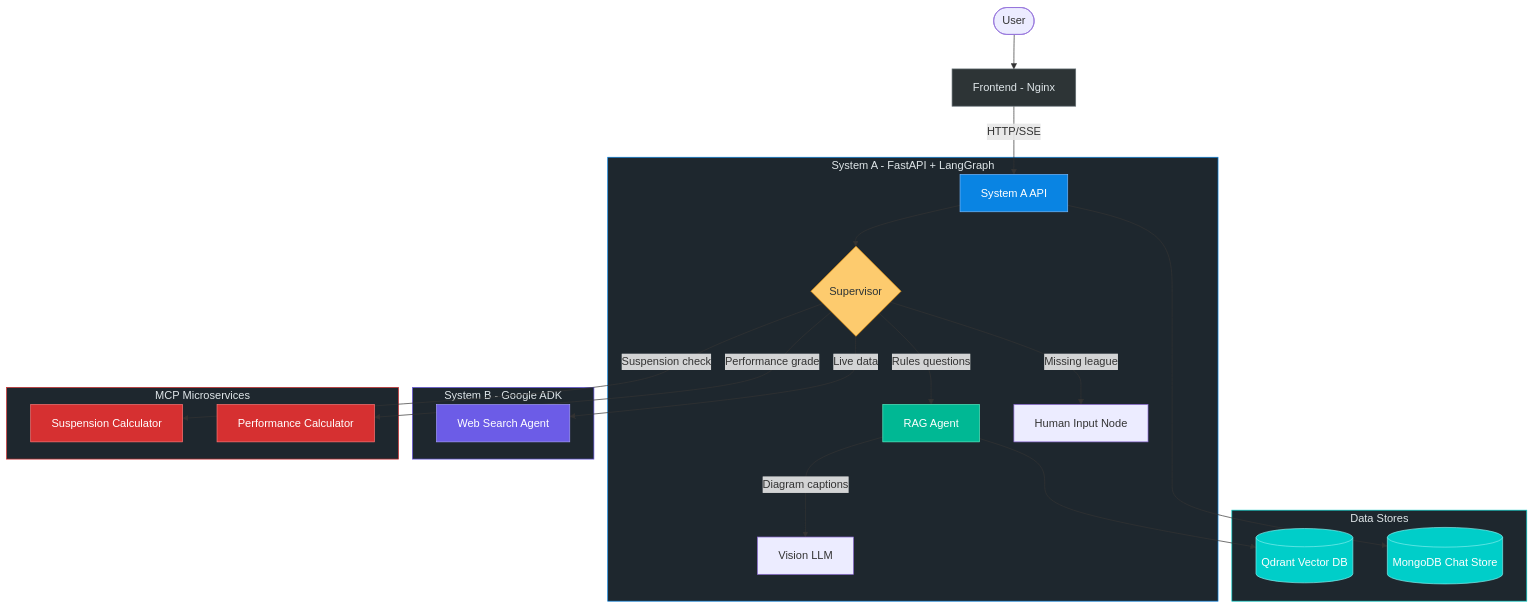
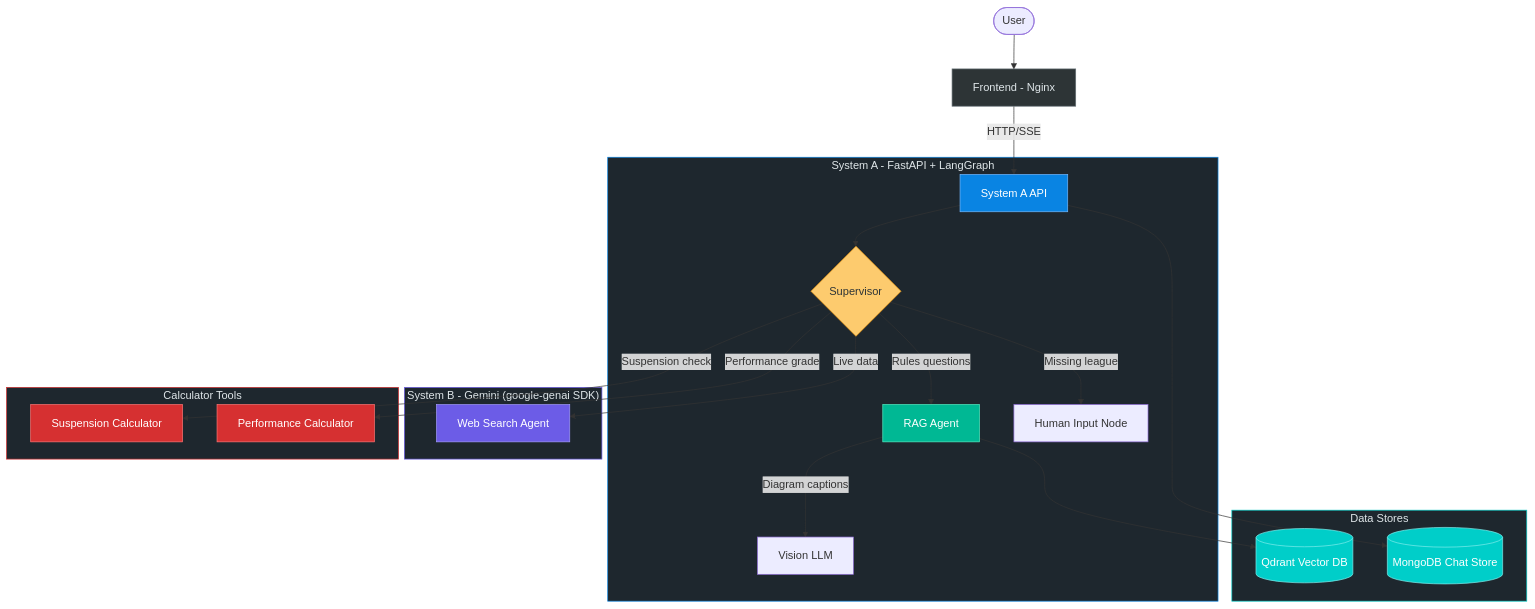
The diagram in README.md (AndreELCHAM/basketball-multiagent-assistant), drawn with Mermaid before and after one commit. The commit also changed other lines of this file, not shown here.

````diff
--- a/README.md
+++ b/README.md
@@ -11,46 +11,46 @@
 ```mermaid
 graph TB
     User([User]) --> Frontend[Frontend - Nginx]
     Frontend --> |HTTP/SSE| SystemA
 
     subgraph SystemA_Group["System A - FastAPI + LangGraph"]
         SystemA[System A API] --> Supervisor{Supervisor}
         Supervisor --> |Rules questions| RAG[RAG Agent]
         Supervisor --> |Missing league| HumanInput[Human Input Node]
         RAG --> |Diagram captions| VLM[Vision LLM]
     end
 
-    subgraph SystemB_Group["System B - Google ADK"]
+    subgraph SystemB_Group["System B - Gemini (google-genai SDK)"]
         SystemB[Web Search Agent]
     end
 
-    subgraph MCP_Group["MCP Microservices"]
+    subgraph MCP_Group["Calculator Tools"]
         MCP_S[Suspension Calculator]
         MCP_P[Performance Calculator]
     end
 
     subgraph Data_Group["Data Stores"]
         Qdrant[(Qdrant Vector DB)]
         MongoDB[(MongoDB Chat Store)]
     end
 
     Supervisor --> |Live data| SystemB
     Supervisor --> |Suspension check| MCP_S
     Supervisor --> |Performance grade| MCP_P
     RAG --> Qdrant
     SystemA --> MongoDB
 
     style Frontend fill:#2d3436,stroke:#636e72,color:#dfe6e9
     style SystemA fill:#0984e3,stroke:#74b9ff,color:#fff
     style SystemB fill:#6c5ce7,stroke:#a29bfe,color:#fff
     style Supervisor fill:#fdcb6e,stroke:#f39c12,color:#2d3436
     style RAG fill:#00b894,stroke:#55efc4,color:#fff
     style MCP_S fill:#d63031,stroke:#ff7675,color:#fff
     style MCP_P fill:#d63031,stroke:#ff7675,color:#fff
     style Qdrant fill:#00cec9,stroke:#81ecec,color:#fff
     style MongoDB fill:#00cec9,stroke:#81ecec,color:#fff
     style SystemA_Group fill:#1e272e,stroke:#0984e3,color:#dfe6e9
     style SystemB_Group fill:#1e272e,stroke:#6c5ce7,color:#dfe6e9
     style MCP_Group fill:#1e272e,stroke:#d63031,color:#dfe6e9
     style Data_Group fill:#1e272e,stroke:#00cec9,color:#dfe6e9
 ```
````
